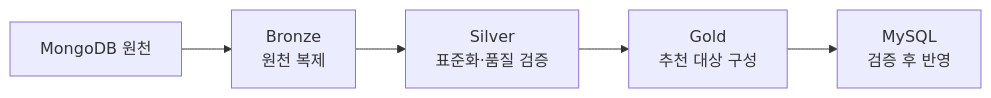
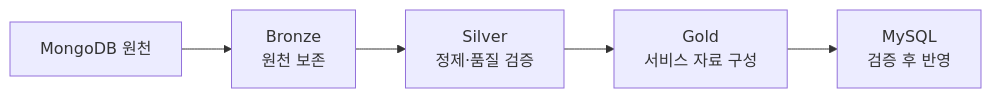
Before and after one commit to encore-ai-campus/mlo-01-p3-team3: the first of 2 diagrams in docs/design/02-data-pipeline.md, drawn with Mermaid. The commit also changed other lines of this file and 30 other files, not shown here.

Commit message:
docs: update infrastructure and pipeline diagrams

````diff
--- a/docs/design/02-data-pipeline.md
+++ b/docs/design/02-data-pipeline.md
@@ -46,7 +58,7 @@
 ```mermaid
 flowchart LR
-    R["MongoDB 원천"] --> B["Bronze<br/>원천 복제"]
-    B --> S["Silver<br/>표준화·품질 검증"]
-    S --> G["Gold<br/>추천 대상 구성"]
+    R["MongoDB 원천"] --> B["Bronze<br/>원천 보존"]
+    B --> S["Silver<br/>정제·품질 검증"]
+    S --> G["Gold<br/>서비스 자료 구성"]
     G --> M["MySQL<br/>검증 후 반영"]
 ```
````
